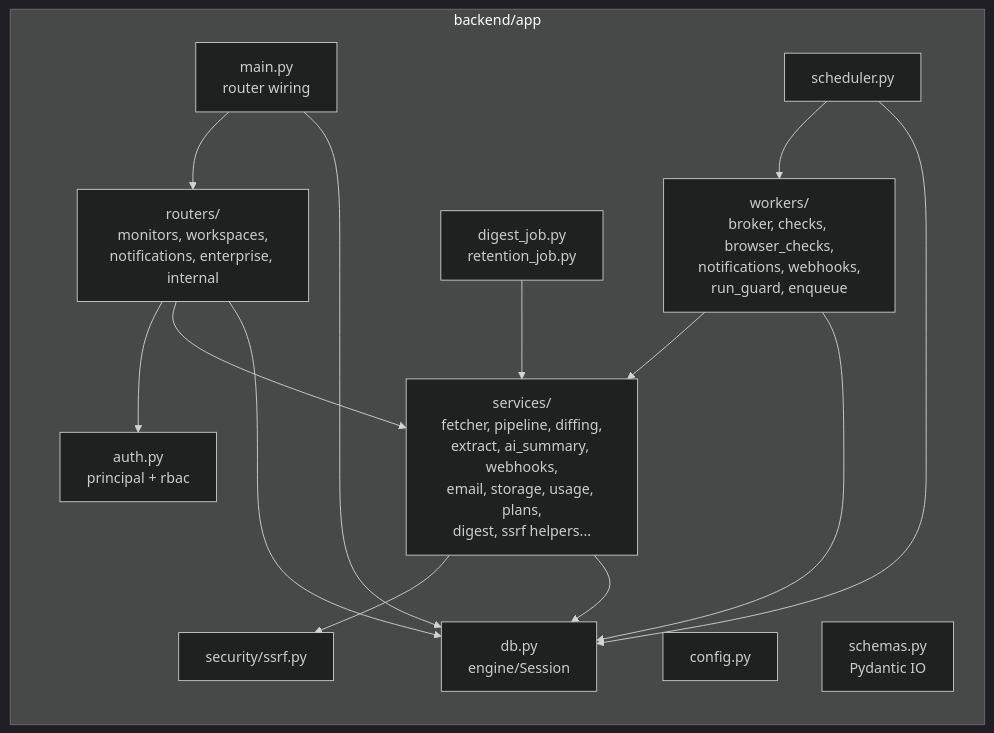
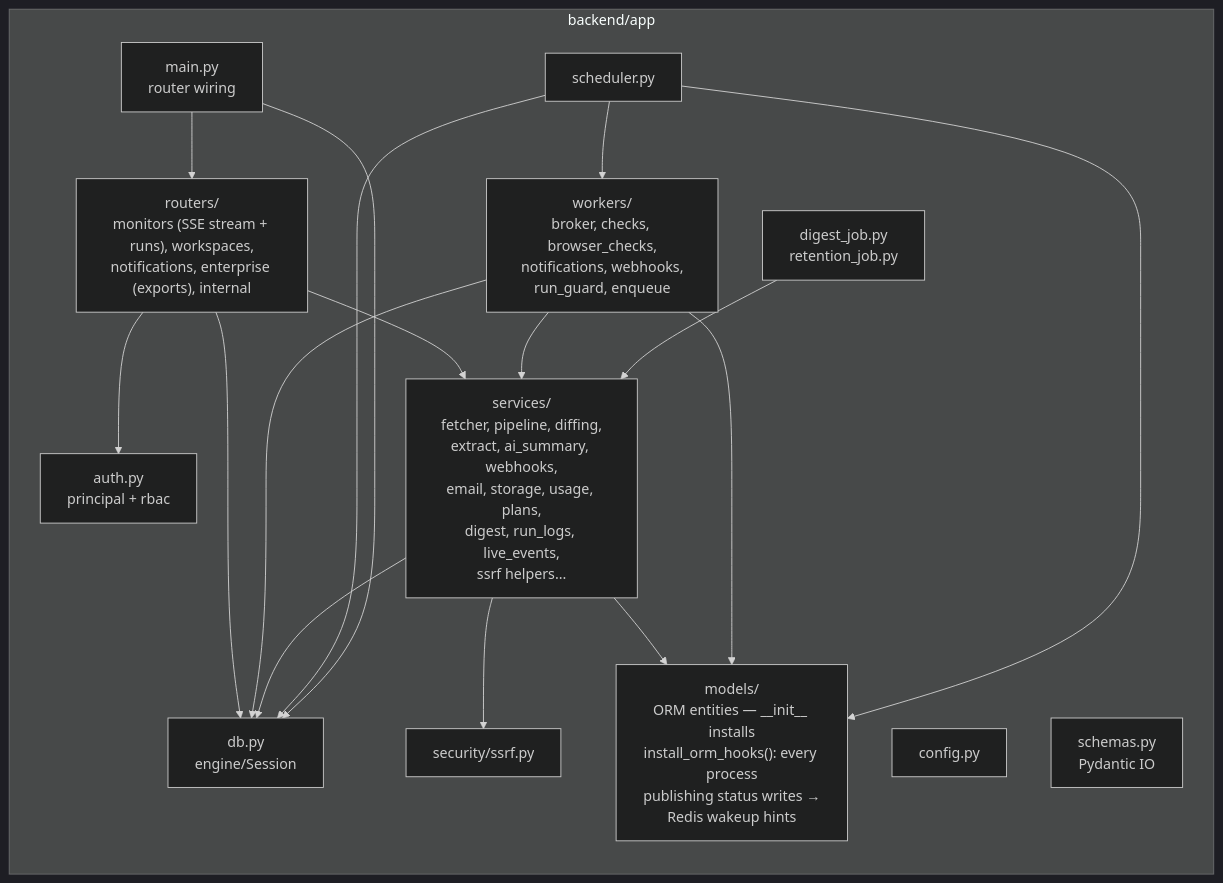
One commit to sunil-gumatimath/web-observer changed the second of 7 diagrams in docs/architecture.md. Above: the diagram before and after it, drawn with Mermaid (dark theme). The commit also changed other lines of this file, not shown here.

First line of the commit message:
docs(architecture): refresh the UML for run logs, runs export and SSE wakeups

````diff
--- a/docs/architecture.md
+++ b/docs/architecture.md
@@ -78,28 +84,32 @@
 ```mermaid
 flowchart LR
     subgraph App["backend/app"]
         main["main.py\nrouter wiring"]
         auth["auth.py\nprincipal + rbac"]
         db["db.py\nengine/Session"]
         cfg["config.py"]
         sch["schemas.py\nPydantic IO"]
-        rt["routers/\nmonitors, workspaces,\nnotifications, enterprise, internal"]
-        svc["services/\nfetcher, pipeline, diffing,\nextract, ai_summary, webhooks,\nemail, storage, usage, plans,\ndigest, ssrf helpers..."]
+        rt["routers/\nmonitors (SSE stream + runs), workspaces,\nnotifications, enterprise (exports), internal"]
+        svc["services/\nfetcher, pipeline, diffing,\nextract, ai_summary, webhooks,\nemail, storage, usage, plans,\ndigest, run_logs, live_events,\nssrf helpers..."]
         wk["workers/\nbroker, checks, browser_checks,\nnotifications, webhooks,\nrun_guard, enqueue"]
+        mdl["models/\nORM entities — __init__ installs\ninstall_orm_hooks(): every process\npublishing status writes →\nRedis wakeup hints"]
         sec["security/ssrf.py"]
         sched["scheduler.py"]
         jobs["digest_job.py\nretention_job.py"]
     end
     rt --> auth
     rt --> svc
     rt --> db
     wk --> svc
     wk --> db
     svc --> sec
     svc --> db
+    svc --> mdl
+    wk --> mdl
+    sched --> mdl
     sched --> wk
     sched --> db
     jobs --> svc
     main --> rt
     main --> db
 ```
````
